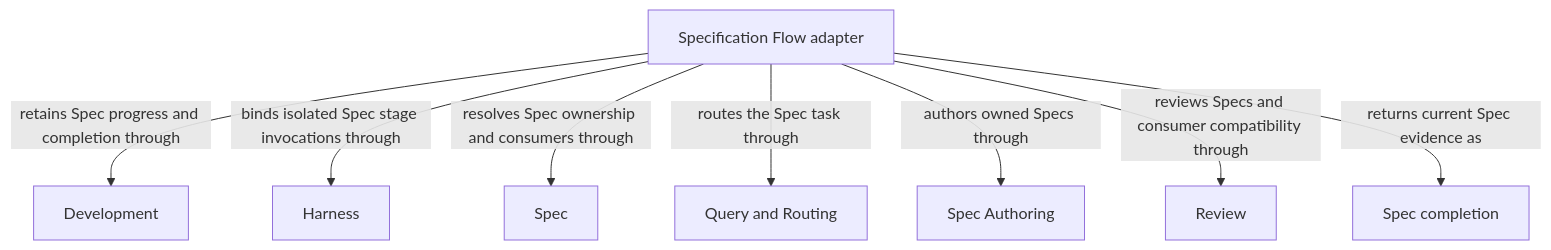
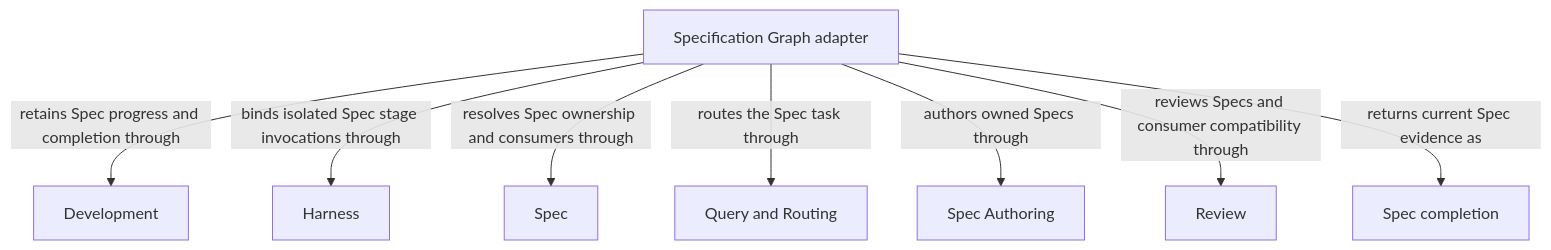
The diagram in specs/concorde/specify-loop/module.md (FTOD/concorde), drawn with Mermaid before and after one commit. The commit also changed other lines of this file and 449 other files, not shown here.

Commit message:
refactor: unify executable Operations and LangGraph graphs

````diff
--- a/specs/concorde/specify-loop/module.md
+++ b/specs/concorde/specify-loop/module.md
@@ -63,20 +63,20 @@
 ```mermaid
 flowchart TB
-    accTitle: Specification Flow entities and dependencies
-    accDescr: Specification Flow routes the Spec task, resolves owner and consumer contracts, binds isolated stages and composes owned authoring and independent review before returning Spec completion.
-    e0["Specification Flow adapter"]
+    accTitle: Specification Graph entities and dependencies
+    accDescr: Specification Graph routes the Spec task, resolves owner and consumer contracts, binds isolated stages and composes owned authoring and independent review before returning Spec completion.
+    e0["Specification Graph adapter"]
     e1["Development"]
     e2["Harness"]
     e3["Spec"]
     e4["Query and Routing"]
     e5["Spec Authoring"]
     e6["Review"]
     e0 -->|retains Spec progress and completion through| e1
     e0 -->|binds isolated Spec stage invocations through| e2
     e0 -->|resolves Spec ownership and consumers through| e3
     e0 -->|routes the Spec task through| e4
     e0 -->|authors owned Specs through| e5
     e0 -->|reviews Specs and consumer compatibility through| e6
     domain_completion["Spec completion"]
     e0 -->|returns current Spec evidence as| domain_completion
 ```
````
